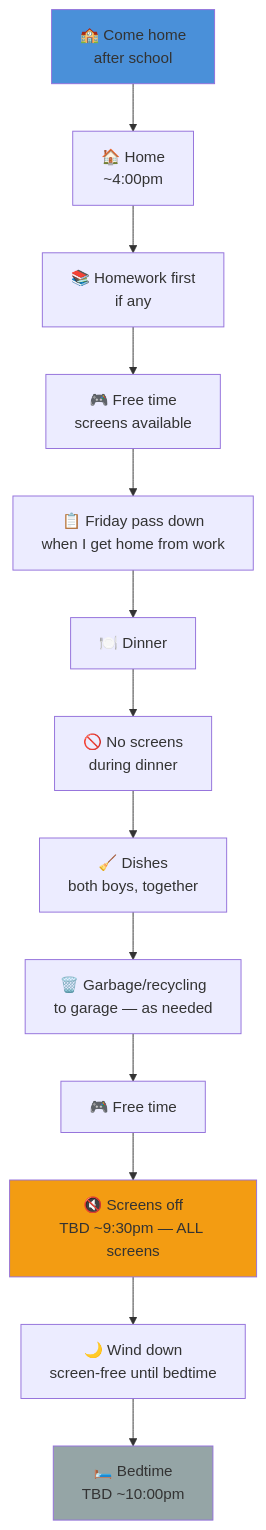
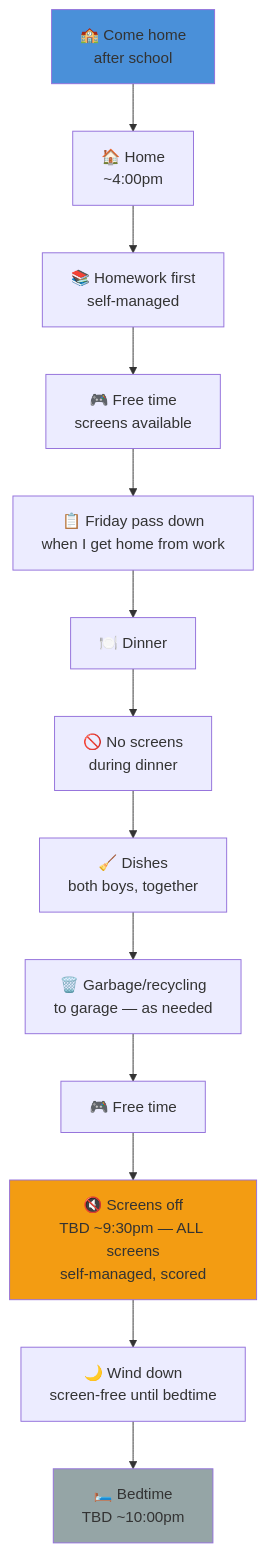
Before and after one commit to ajass/technology-reset: the second of 2 diagrams in day-types/01-friday.md, drawn with Mermaid. The commit also changed other lines of this file and 10 other files, not shown here.

````diff
--- a/day-types/01-friday.md
+++ b/day-types/01-friday.md
@@ -8,19 +47,19 @@
 ```mermaid
 flowchart TD
     A["🏫 Come home<br/>after school"] --> B["🏠 Home<br/>~4:00pm"]
-    B --> C["📚 Homework first<br/>if any"]
+    B --> C["📚 Homework first<br/>self-managed"]
     C --> D["🎮 Free time<br/>screens available"]
     D --> PD["📋 Friday pass down<br/>when I get home from work"]
     PD --> E["🍽️ Dinner"]
     E --> F["🚫 No screens<br/>during dinner"]
     F --> G["🧹 Dishes<br/>both boys, together"]
     G --> H["🗑️ Garbage/recycling<br/>to garage — as needed"]
     H --> I["🎮 Free time"]
-    I --> J["🔇 Screens off<br/>TBD ~9:30pm — ALL screens"]
+    I --> J["🔇 Screens off<br/>TBD ~9:30pm — ALL screens<br/>self-managed, scored"]
     J --> K["🌙 Wind down<br/>screen-free until bedtime"]
     K --> L["🛏️ Bedtime<br/>TBD ~10:00pm"]
 
     style A fill:#4a90d9
     style J fill:#f39c12
     style L fill:#95a5a6
 ```
````
